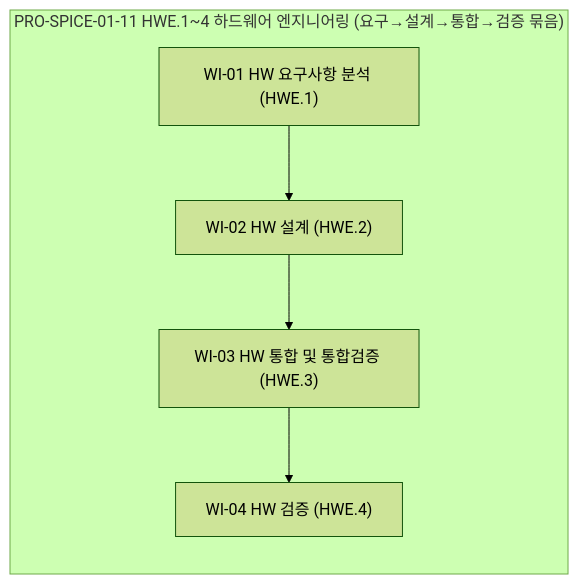
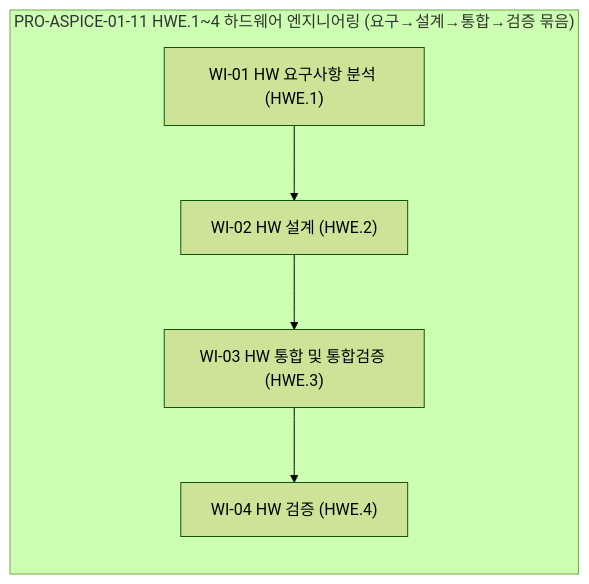
One commit to Processware-AI/processware changed the fourth of 4 diagrams in vault/90_MAT_통합매핑/MAT-010_프로세스_플로우맵.md. Above: the diagram before and after it, drawn with Mermaid (forest theme). The commit also changed other lines of this file and 124 other files, not shown here.

First line of the commit message:
fix(scope): SPICE → ASPICE 영역코드 전수 교체

````diff
--- a/vault/90_MAT_통합매핑/MAT-010_프로세스_플로우맵.md
+++ b/vault/90_MAT_통합매핑/MAT-010_프로세스_플로우맵.md
@@ -134,6 +134,6 @@
 ```mermaid
 flowchart LR
-  subgraph PRO11["PRO-SPICE-01-11 HWE.1~4 하드웨어 엔지니어링 (요구→설계→통합→검증 묶음)"]
+  subgraph PRO11["PRO-ASPICE-01-11 HWE.1~4 하드웨어 엔지니어링 (요구→설계→통합→검증 묶음)"]
     W1101["WI-01 HW 요구사항 분석 (HWE.1)"] --> W1102["WI-02 HW 설계 (HWE.2)"] --> W1103["WI-03 HW 통합 및 통합검증 (HWE.3)"] --> W1104["WI-04 HW 검증 (HWE.4)"]
   end
 ```
````
